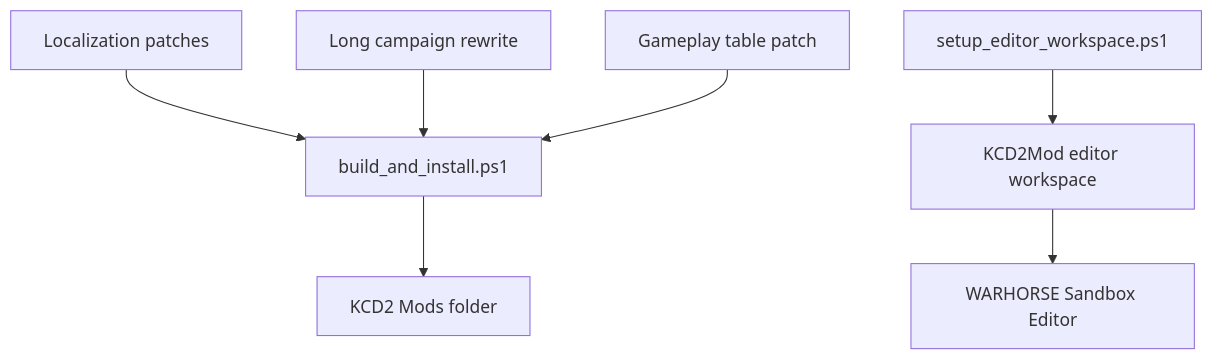
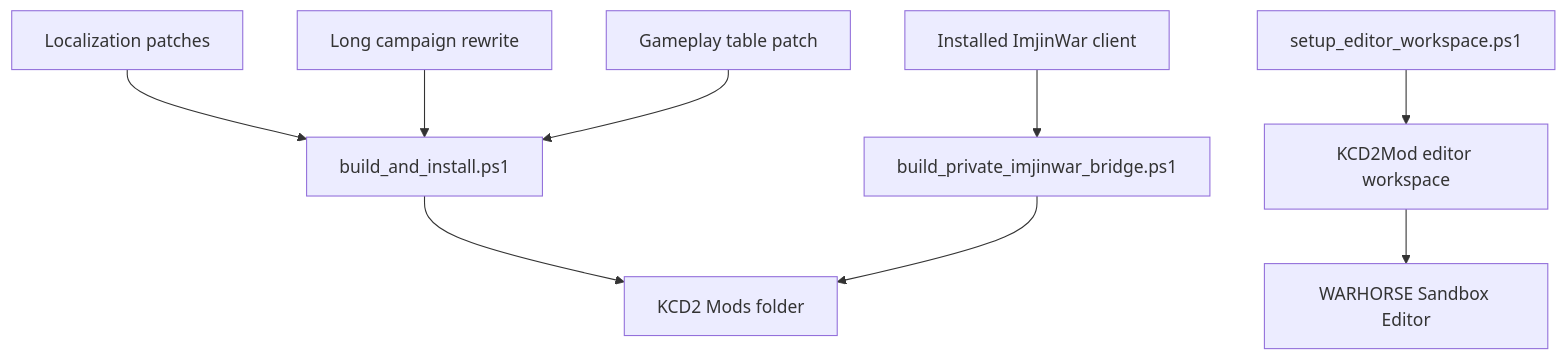
The diagram in imjin-war-joseon-counterattack-story-lab/kcd2_mod/README.en.md (sinmb79/kcd2-joseon-counterattack-mod), drawn with Mermaid before and after one commit. The commit also changed other lines of this file and 8 other files, not shown here.

Commit message:
Add private ImjinWar asset bridge

````diff
--- a/imjin-war-joseon-counterattack-story-lab/kcd2_mod/README.en.md
+++ b/imjin-war-joseon-counterattack-story-lab/kcd2_mod/README.en.md
@@ -51,9 +75,11 @@
 ```mermaid
 flowchart TD
   A["Localization patches"] --> B["build_and_install.ps1"]
   C["Long campaign rewrite"] --> B
   D["Gameplay table patch"] --> B
   B --> E["KCD2 Mods folder"]
   F["setup_editor_workspace.ps1"] --> G["KCD2Mod editor workspace"]
   G --> H["WARHORSE Sandbox Editor"]
+  I["Installed ImjinWar client"] --> J["build_private_imjinwar_bridge.ps1"]
+  J --> E
 ```
````
